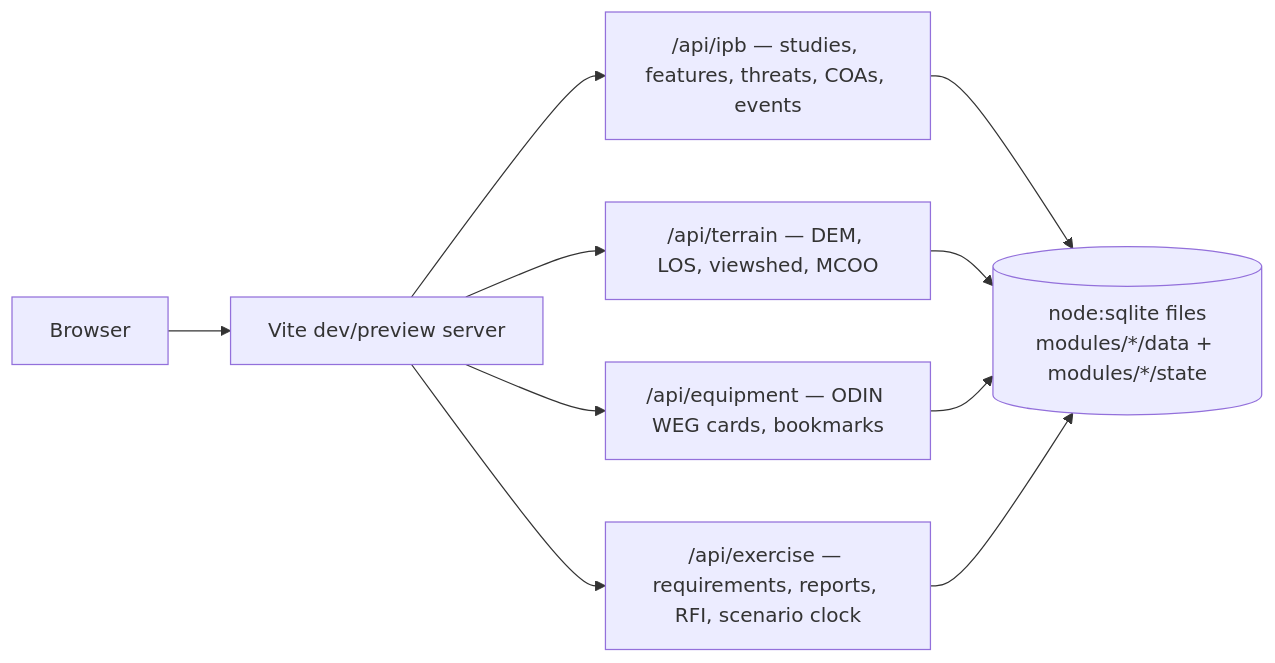
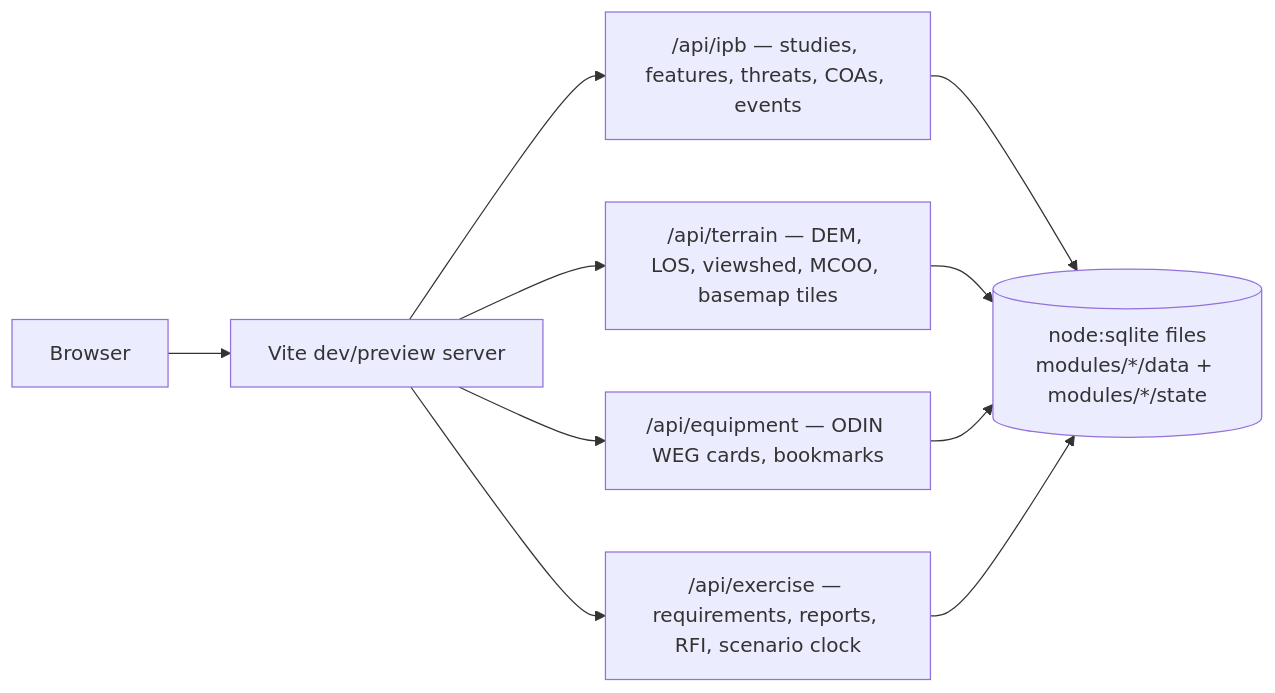
Before and after one commit to iamanro/ipb2: the diagram in README.md, drawn with Mermaid. The commit also changed other lines of this file and 13 other files, not shown here.

````diff
--- a/README.md
+++ b/README.md
@@ -11,9 +12,9 @@
 ```mermaid
 graph LR
   A[Browser] --> B[Vite dev/preview server]
   B --> C["/api/ipb — studies, features, threats, COAs, events"]
-  B --> D["/api/terrain — DEM, LOS, viewshed, MCOO"]
+  B --> D["/api/terrain — DEM, LOS, viewshed, MCOO, basemap tiles"]
   B --> E["/api/equipment — ODIN WEG cards, bookmarks"]
   B --> G["/api/exercise — requirements, reports, RFI, scenario clock"]
   C & D & E & G --> F[(node:sqlite files<br/>modules/*/data + modules/*/state)]
 ```
````
